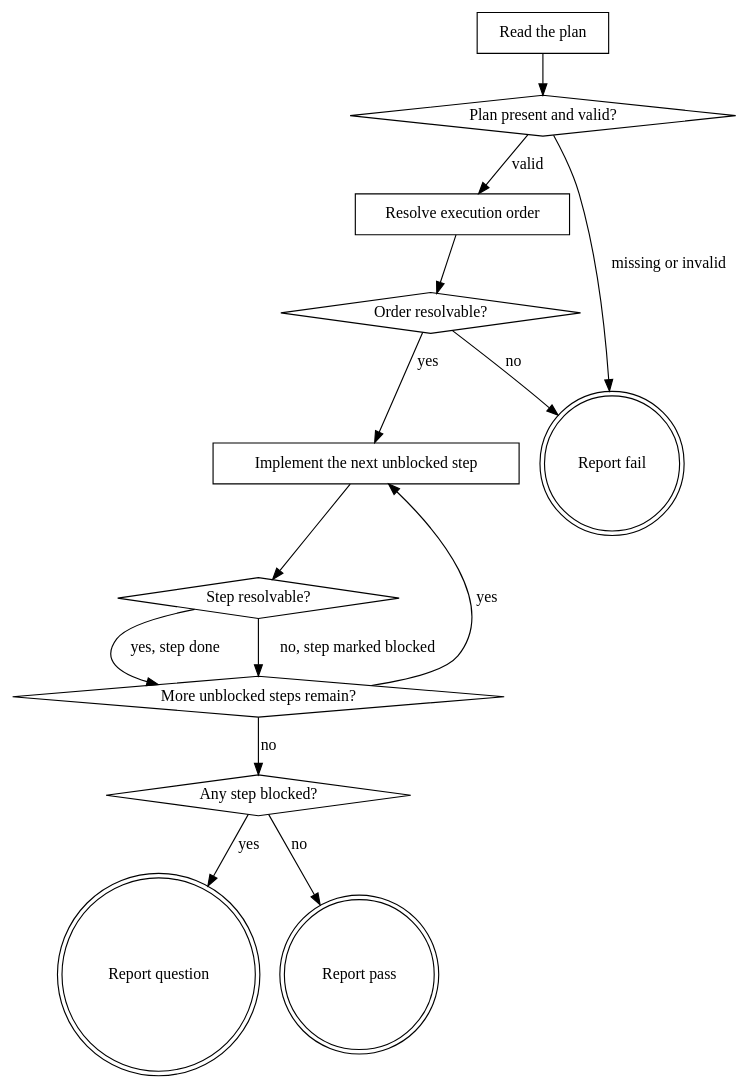
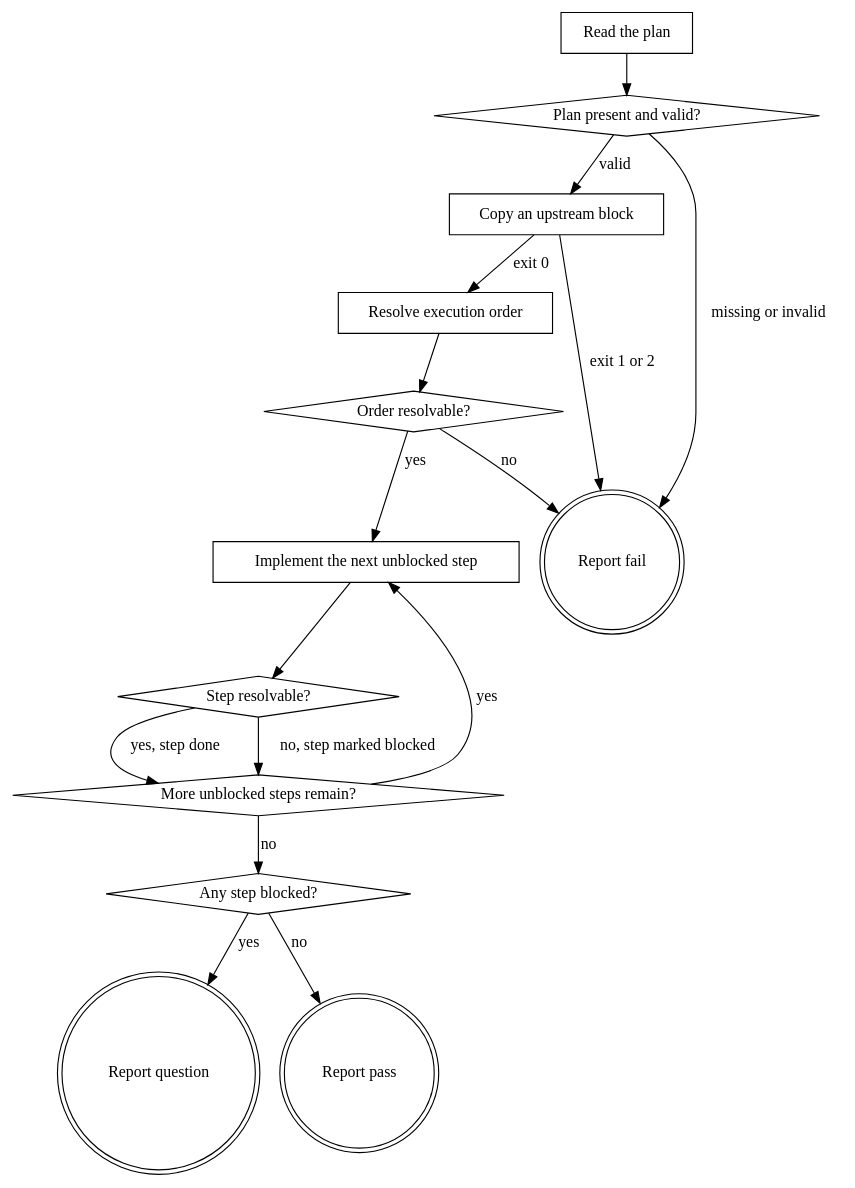
Before and after one commit to agenticDraft/aem-eds-ai-workflow-demo: the diagram in plugins/eds/skills/eds-implement/SKILL.md, drawn with Graphviz. The commit also changed other lines of this file and 4 other files, not shown here.

First line of the commit message:
prototype, plan and implement copy an upstream block into blocks/<name>/ before changing it

````diff
--- a/plugins/eds/skills/eds-implement/SKILL.md
+++ b/plugins/eds/skills/eds-implement/SKILL.md
@@ -37,29 +42,32 @@
 ```dot
 digraph eds_implement {
     "Read the plan" [shape=box];
     "Plan present and valid?" [shape=diamond];
+    "Copy an upstream block" [shape=box];
     "Resolve execution order" [shape=box];
     "Order resolvable?" [shape=diamond];
     "Implement the next unblocked step" [shape=box];
     "Step resolvable?" [shape=diamond];
     "More unblocked steps remain?" [shape=diamond];
     "Any step blocked?" [shape=diamond];
     "Report fail" [shape=doublecircle];
     "Report question" [shape=doublecircle];
     "Report pass" [shape=doublecircle];
 
     "Read the plan" -> "Plan present and valid?";
-    "Plan present and valid?" -> "Resolve execution order" [label="valid"];
+    "Plan present and valid?" -> "Copy an upstream block" [label="valid"];
+    "Copy an upstream block" -> "Resolve execution order" [label="exit 0"];
+    "Copy an upstream block" -> "Report fail" [label="exit 1 or 2"];
     "Plan present and valid?" -> "Report fail" [label="missing or invalid"];
     "Resolve execution order" -> "Order resolvable?";
     "Order resolvable?" -> "Implement the next unblocked step" [label="yes"];
     "Order resolvable?" -> "Report fail" [label="no"];
     "Implement the next unblocked step" -> "Step resolvable?";
     "Step resolvable?" -> "More unblocked steps remain?" [label="yes, step done"];
     "Step resolvable?" -> "More unblocked steps remain?" [label="no, step marked blocked"];
     "More unblocked steps remain?" -> "Implement the next unblocked step" [label="yes"];
     "More unblocked steps remain?" -> "Any step blocked?" [label="no"];
     "Any step blocked?" -> "Report question" [label="yes"];
     "Any step blocked?" -> "Report pass" [label="no"];
 }
 ```
````
